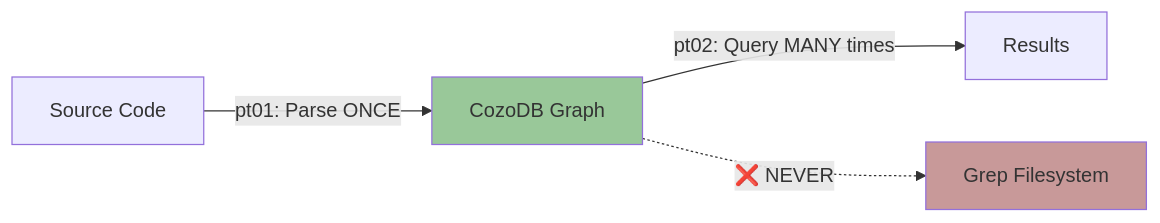
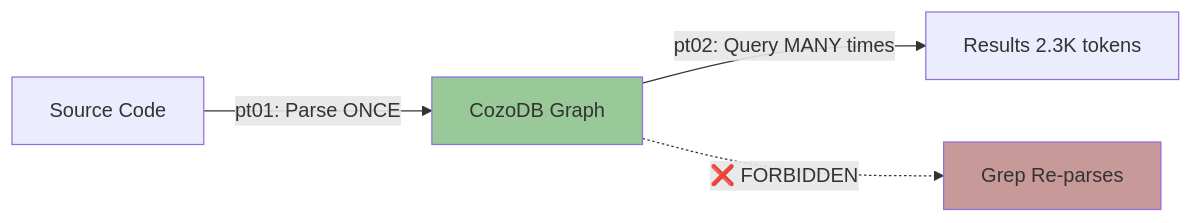
Before and after one commit to that-in-rust/parseltongue: the first of 3 diagrams in .claude/agents/parseltongue-ultrathink-isg-explorer.md, drawn with Mermaid. The commit also changed other lines of this file and 3 other files, not shown here.

````diff
--- a/.claude/agents/parseltongue-ultrathink-isg-explorer.md
+++ b/.claude/agents/parseltongue-ultrathink-isg-explorer.md
@@ -10,9 +57,9 @@
   ```mermaid
   graph LR
       A[Source Code] -->|pt01: Parse ONCE| B[CozoDB Graph]
-      B -->|pt02: Query MANY times| C[Results]
-      B -.->|❌ NEVER| D[Grep Filesystem]
+      B -->|pt02: Query MANY times| C[Results 2.3K tokens]
+      B -.->|❌ FORBIDDEN| D[Grep Re-parses]
 
       style D fill:#C89999
       style B fill:#99C899
   ```
````
